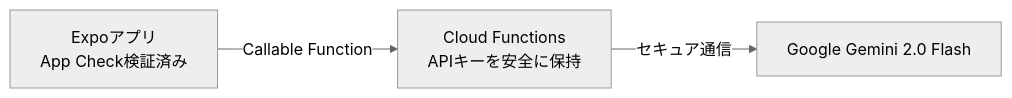
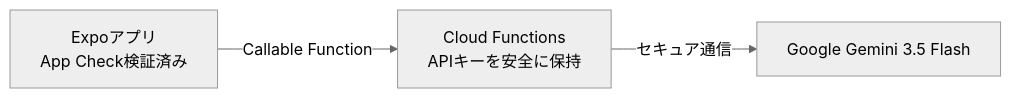
One commit to sangraal123/sangraal123 changed the diagram in googja/src/content/docs/advanced/03.md. Above: the diagram before and after it, drawn with Mermaid (neutral theme). The commit also changed other lines of this file and 29 other files, not shown here.

````diff
--- a/googja/src/content/docs/advanced/03.md
+++ b/googja/src/content/docs/advanced/03.md
@@ -69,5 +73,5 @@
 ```mermaid
 flowchart LR
     App["Expoアプリ<br/>App Check検証済み"] -->|Callable Function| BFF["Cloud Functions<br/>APIキーを安全に保持"]
-    BFF -->|セキュア通信| Gemini["Google Gemini 2.0 Flash"]
+    BFF -->|セキュア通信| Gemini["Google Gemini 3.5 Flash"]
 ```
````
